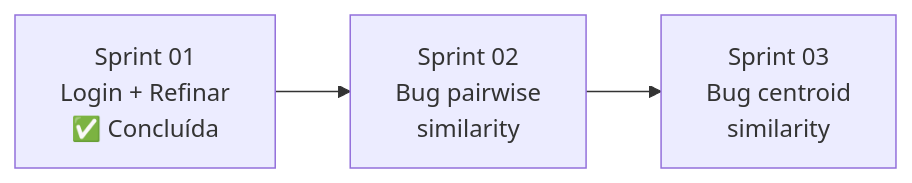
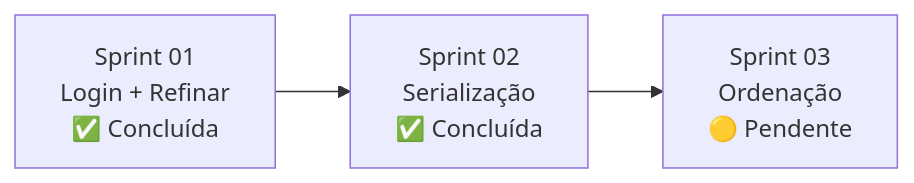
One commit to BrunoWatanabe/TCC-KPC changed the second of 2 diagrams in relatorios/plano-sprints.md. Above: the diagram before and after it, drawn with Mermaid. The commit also changed other lines of this file, not shown here.

Commit message:
ajuste do plano de sprint, finalzianção da sprint 2, é incio da sprint 3

````diff
--- a/relatorios/plano-sprints.md
+++ b/relatorios/plano-sprints.md
@@ -133,5 +136,5 @@
 ```mermaid
 flowchart LR
-    S1[Sprint 01<br/>Login + Refinar<br/>✅ Concluída] --> S2[Sprint 02<br/>Bug pairwise<br/>similarity]
-    S2 --> S3[Sprint 03<br/>Bug centroid<br/>similarity]
+    S1[Sprint 01<br/>Login + Refinar<br/>✅ Concluída] --> S2[Sprint 02<br/>Serialização<br/>✅ Concluída]
+    S2 --> S3[Sprint 03<br/>Ordenação<br/>🟡 Pendente]
 ```
````
